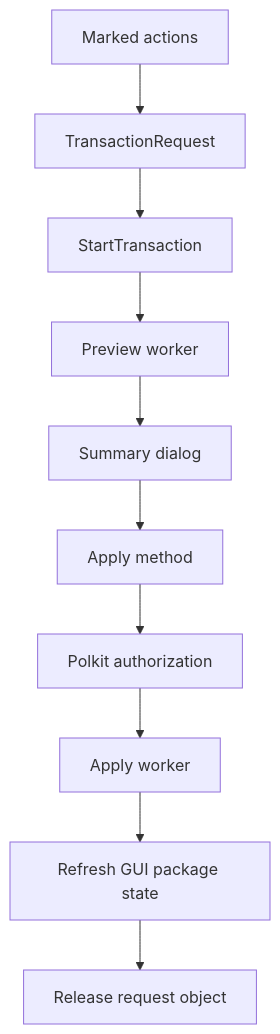
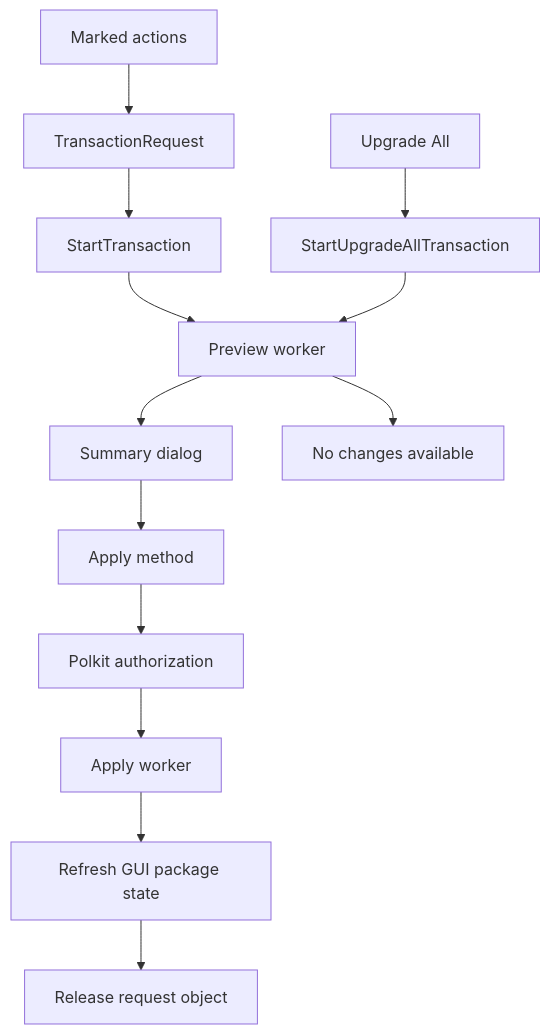
One commit to ErikMN/dnf_ui changed the first of 2 diagrams in docs/transactions.md. Above: the diagram before and after it, drawn with Mermaid. The commit also changed other lines of this file and 21 other files, not shown here.

First line of the commit message:
Add upgrade-all transaction flow

````diff
--- a/docs/transactions.md
+++ b/docs/transactions.md
@@ -51,12 +61,15 @@
 ```mermaid
 flowchart TD
     Mark[Marked actions] --> Request[TransactionRequest]
+    UpgradeAll[Upgrade All] --> StartAll[StartUpgradeAllTransaction]
     Request --> Start[StartTransaction]
     Start --> Preview[Preview worker]
+    StartAll --> Preview
     Preview --> Dialog[Summary dialog]
+    Preview --> NoChanges[No changes available]
     Dialog --> Apply[Apply method]
     Apply --> Auth[Polkit authorization]
     Auth --> Run[Apply worker]
     Run --> Refresh[Refresh GUI package state]
     Refresh --> Release[Release request object]
 ```
````
